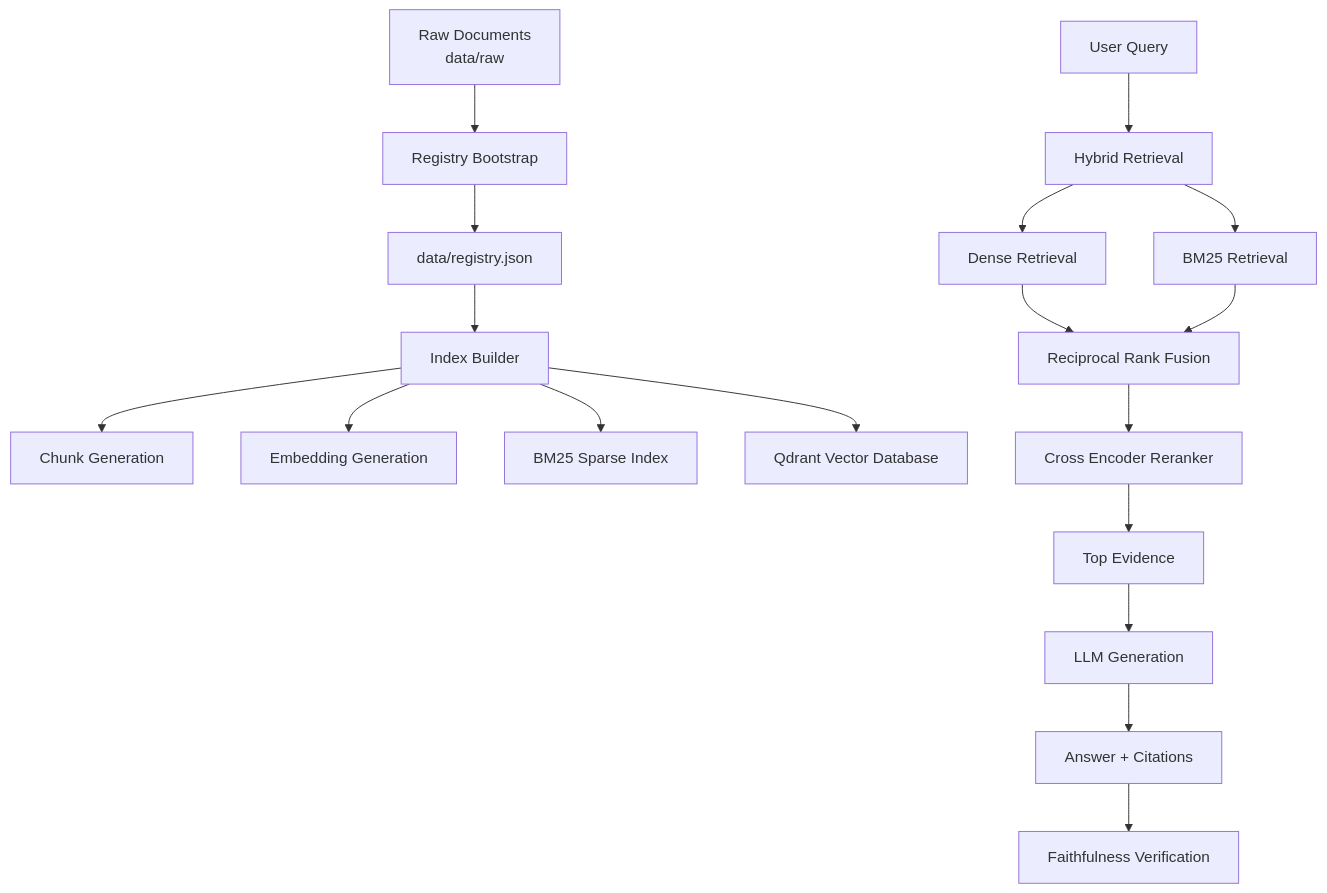
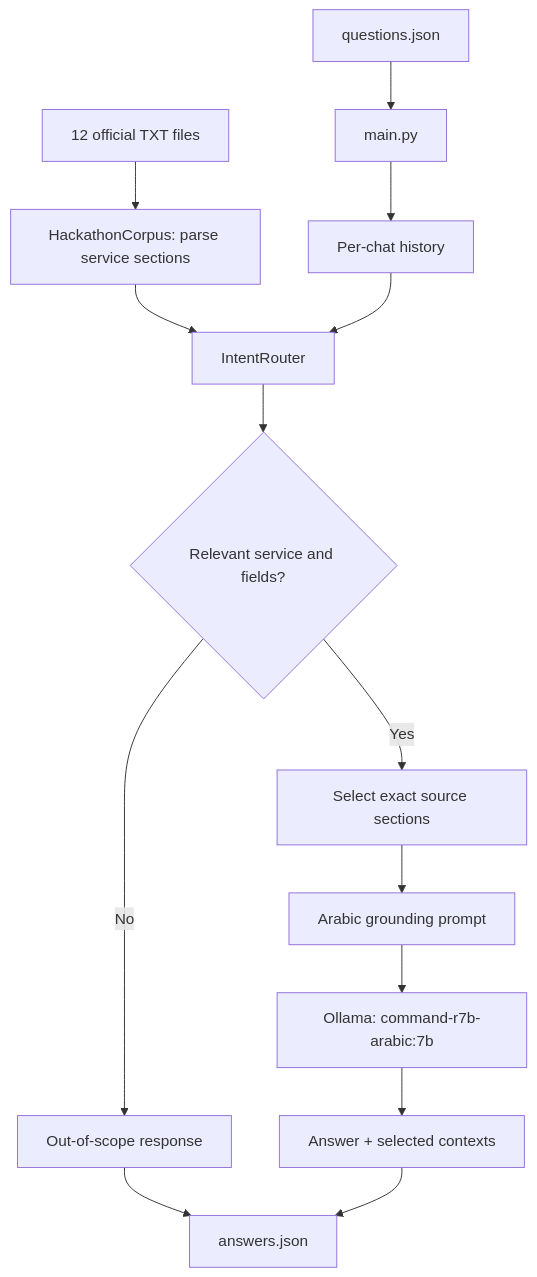
One commit to Ammar-KDR/hybrid-rag-engine changed the diagram in README.md. Above: the diagram before and after it, drawn with Mermaid. The commit also changed other lines of this file and 1 other file, not shown here.

````diff
--- a/README.md
+++ b/README.md
@@ -34,38 +50,16 @@
 ```mermaid
 flowchart TD
-
-    A[Raw Documents<br/>data/raw] --> B[Registry Bootstrap]
-
-    B --> C[data/registry.json]
-
-    C --> D[Index Builder]
-
-    D --> E[Chunk Generation]
-
-    D --> F[Embedding Generation]
-
-    D --> G[BM25 Sparse Index]
-
-    D --> H[Qdrant Vector Database]
-
-
-    Q[User Query] --> I[Hybrid Retrieval]
-
-    I --> J[Dense Retrieval]
-
-    I --> K[BM25 Retrieval]
-
-    J --> L[Reciprocal Rank Fusion]
-
-    K --> L
-
-    L --> M[Cross Encoder Reranker]
-
-    M --> N[Top Evidence]
-
-    N --> O[LLM Generation]
-
-    O --> P[Answer + Citations]
-
-    P --> Q2[Faithfulness Verification]
+    A[questions.json] --> B[main.py]
+    B --> C[Per-chat history]
+    D[12 official TXT files] --> E[HackathonCorpus: parse service sections]
+    E --> F[IntentRouter]
+    C --> F
+    F --> G{Relevant service and fields?}
+    G -->|No| H[Out-of-scope response]
+    G -->|Yes| I[Select exact source sections]
+    I --> J[Arabic grounding prompt]
+    J --> K[Ollama: command-r7b-arabic:7b]
+    K --> L[Answer + selected contexts]
+    H --> M[answers.json]
+    L --> M
 ```
````
